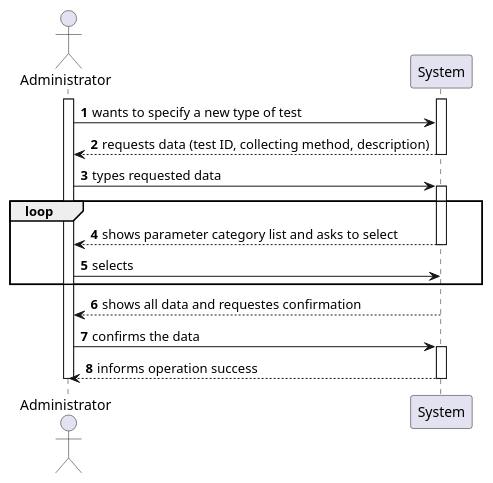
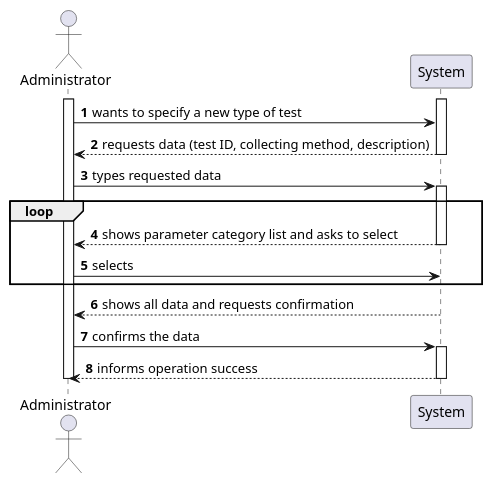
One commit to MarianaCLages/LAPR2 changed the diagram in docs/SprintB/US09/US9_SSD.puml. Above: the diagram before and after it, drawn with PlantUML. The commit also changed 10 other files, not shown here.

```diff
--- a/docs/SprintB/US09/US9_SSD.puml
+++ b/docs/SprintB/US09/US9_SSD.puml
@@ -1,26 +1,26 @@
 @startuml
 autonumber
 actor Administrator as A
 participant "System" as S
 activate A
 activate S
 A -> S: wants to specify a new type of test
 S --> A: requests data (test ID, collecting method, description)
 deactivate S
 A -> S: types requested data
 activate S
 loop
 S --> A: shows parameter category list and asks to select
 deactivate S
 A -> S: selects
 end
 activate S
-S --> A: shows all data and requestes confirmation
+S --> A: shows all data and requests confirmation
 deactivate S
 A -> S: confirms the data
 activate S
 S --> A: informs operation success
 deactivate S
 deactivate A
 
 @enduml
```
